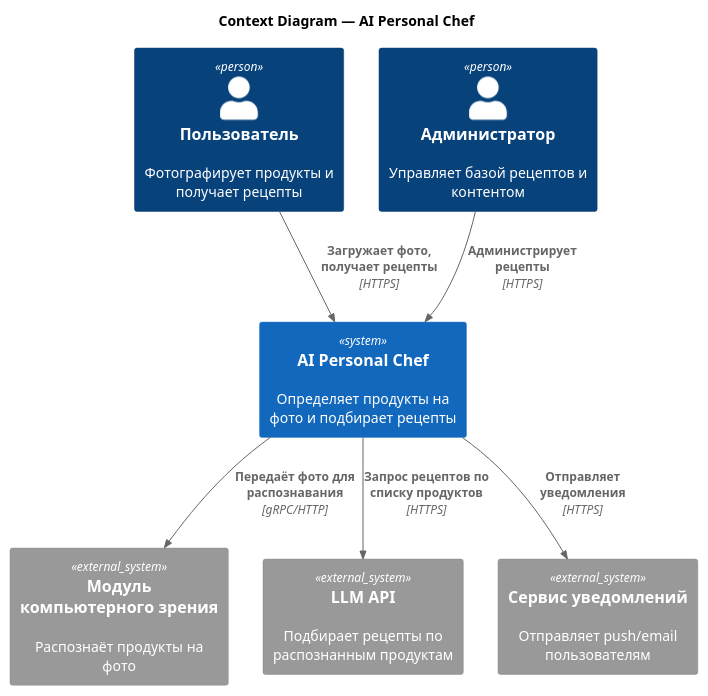
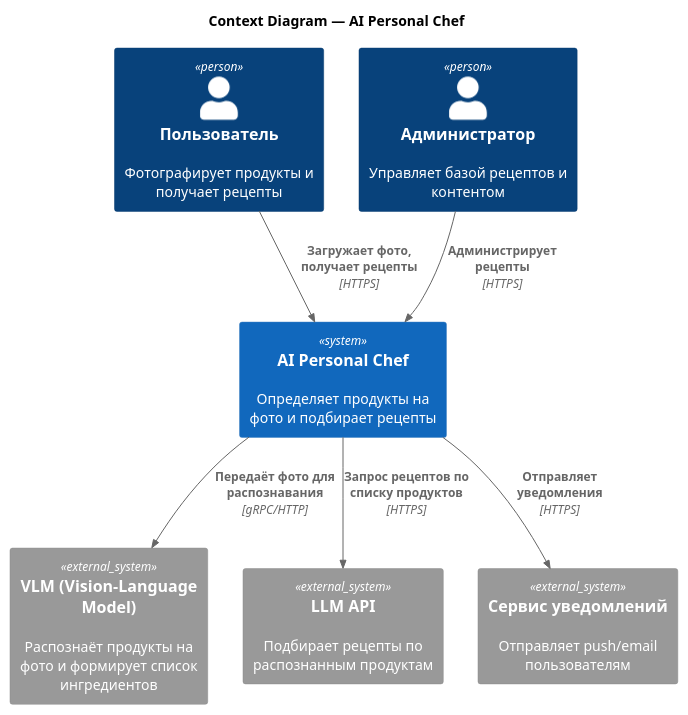
The diagram in docs/architecture/context.puml (vstu-sii/bachelor-2025-team-deep-logic), drawn with PlantUML before and after one commit.

```diff
--- a/docs/architecture/context.puml
+++ b/docs/architecture/context.puml
@@ -1,25 +1,25 @@
 @startuml
 !includeurl https://raw.githubusercontent.com/plantuml-stdlib/C4-PlantUML/master/C4_Context.puml
 
 title Context Diagram — AI Personal Chef
 
 ' --- Пользователи ---
 Person(user, "Пользователь", "Фотографирует продукты и получает рецепты")
 Person(admin, "Администратор", "Управляет базой рецептов и контентом")
 
 ' --- Центральная система ---
 System(aiChef, "AI Personal Chef", "Определяет продукты на фото и подбирает рецепты")
 
 ' --- Внешние системы ---
-System_Ext(cvModule, "Модуль компьютерного зрения", "Распознаёт продукты на фото")
+System_Ext(vlm, "VLM (Vision-Language Model)", "Распознаёт продукты на фото и формирует список ингредиентов")
 System_Ext(llm, "LLM API", "Подбирает рецепты по распознанным продуктам")
 System_Ext(notify, "Сервис уведомлений", "Отправляет push/email пользователям")
 
 ' --- Связи ---
 Rel(user, aiChef, "Загружает фото, получает рецепты", "HTTPS")
 Rel(admin, aiChef, "Администрирует рецепты", "HTTPS")
-Rel(aiChef, cvModule, "Передаёт фото для распознавания", "gRPC/HTTP")
+Rel(aiChef, vlm, "Передаёт фото для распознавания", "gRPC/HTTP")
 Rel(aiChef, llm, "Запрос рецептов по списку продуктов", "HTTPS")
 Rel(aiChef, notify, "Отправляет уведомления", "HTTPS")
 
 @enduml
```
